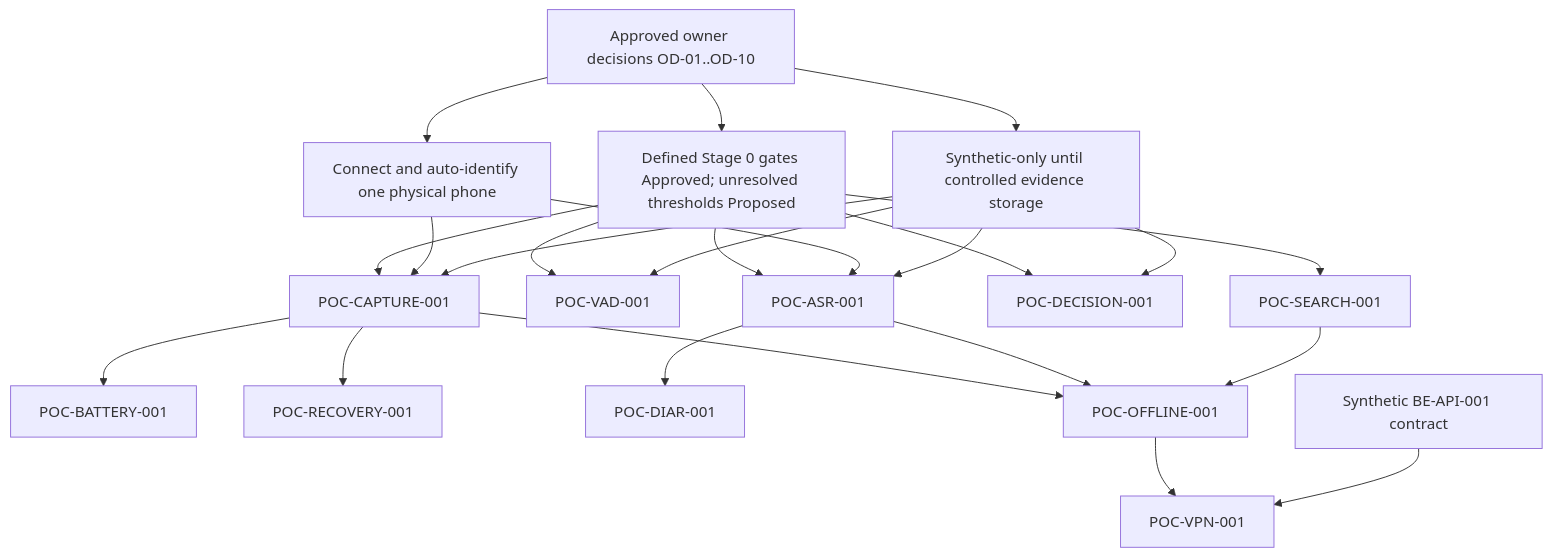
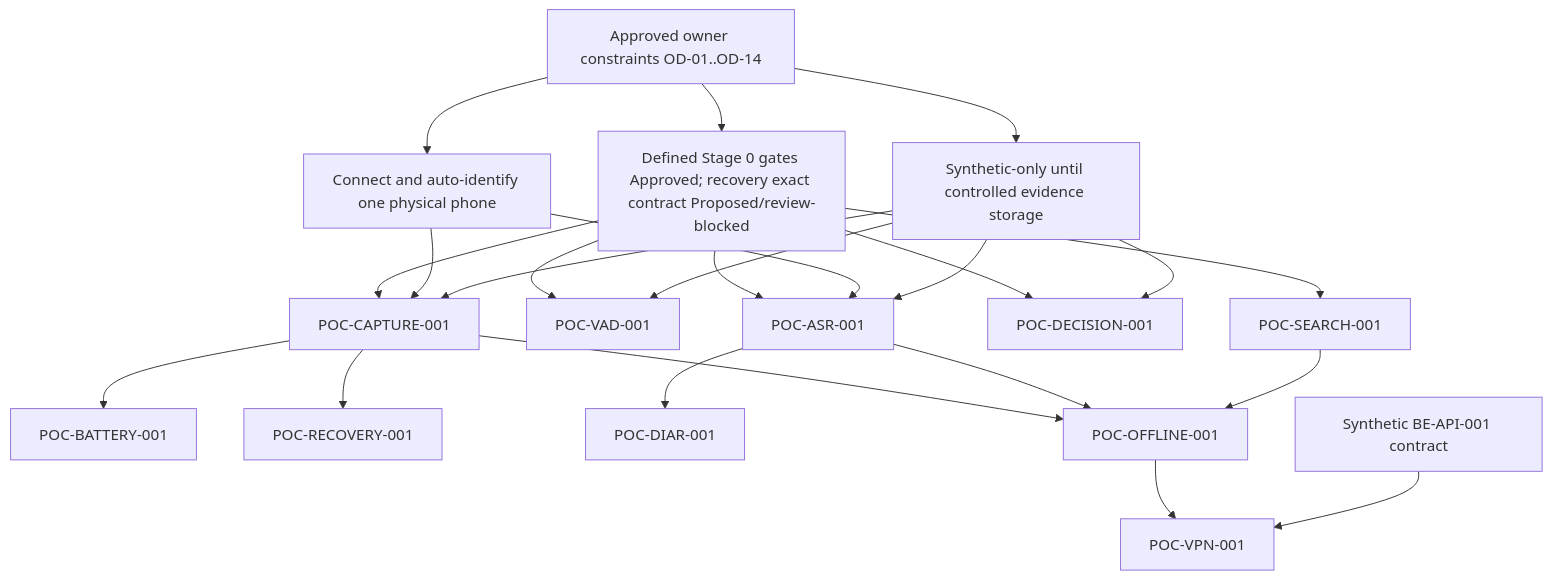
The diagram in docs/stage0/DORA_MVP1_POC_EXECUTION_ORDER.md (Monumentogram/DORA), drawn with Mermaid before and after one commit. The commit also changed other lines of this file and 28 other files, not shown here.

````diff
--- a/docs/stage0/DORA_MVP1_POC_EXECUTION_ORDER.md
+++ b/docs/stage0/DORA_MVP1_POC_EXECUTION_ORDER.md
@@ -34,25 +34,25 @@
 ```mermaid
 flowchart TD
-    O["Approved owner decisions OD-01..OD-10"] --> G["Defined Stage 0 gates Approved; unresolved thresholds Proposed"]
+    O["Approved owner constraints OD-01..OD-14"] --> G["Defined Stage 0 gates Approved; recovery exact contract Proposed/review-blocked"]
     O --> D["Connect and auto-identify one physical phone"]
     O --> C["Synthetic-only until controlled evidence storage"]
     G --> CAP["POC-CAPTURE-001"]
     D --> CAP
     C --> CAP
     CAP --> BAT["POC-BATTERY-001"]
     CAP --> REC["POC-RECOVERY-001"]
     G --> VAD["POC-VAD-001"]
     C --> VAD
     G --> ASR["POC-ASR-001"]
     D --> ASR
     C --> ASR
     ASR --> DIAR["POC-DIAR-001"]
     G --> DEC["POC-DECISION-001"]
     C --> DEC
     G --> SEARCH["POC-SEARCH-001"]
     CAP --> OFF["POC-OFFLINE-001"]
     ASR --> OFF
     SEARCH --> OFF
     OFF --> VPN["POC-VPN-001"]
     API["Synthetic BE-API-001 contract"] --> VPN
 ```
````
